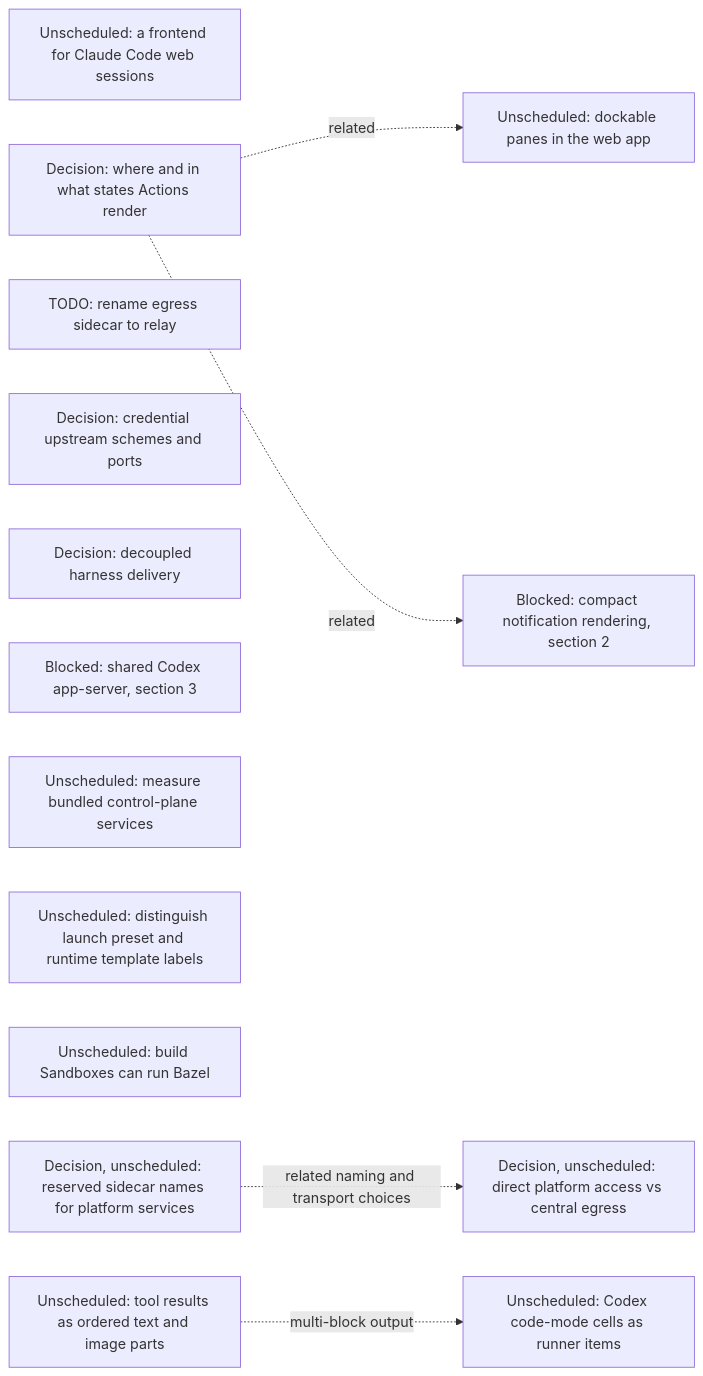
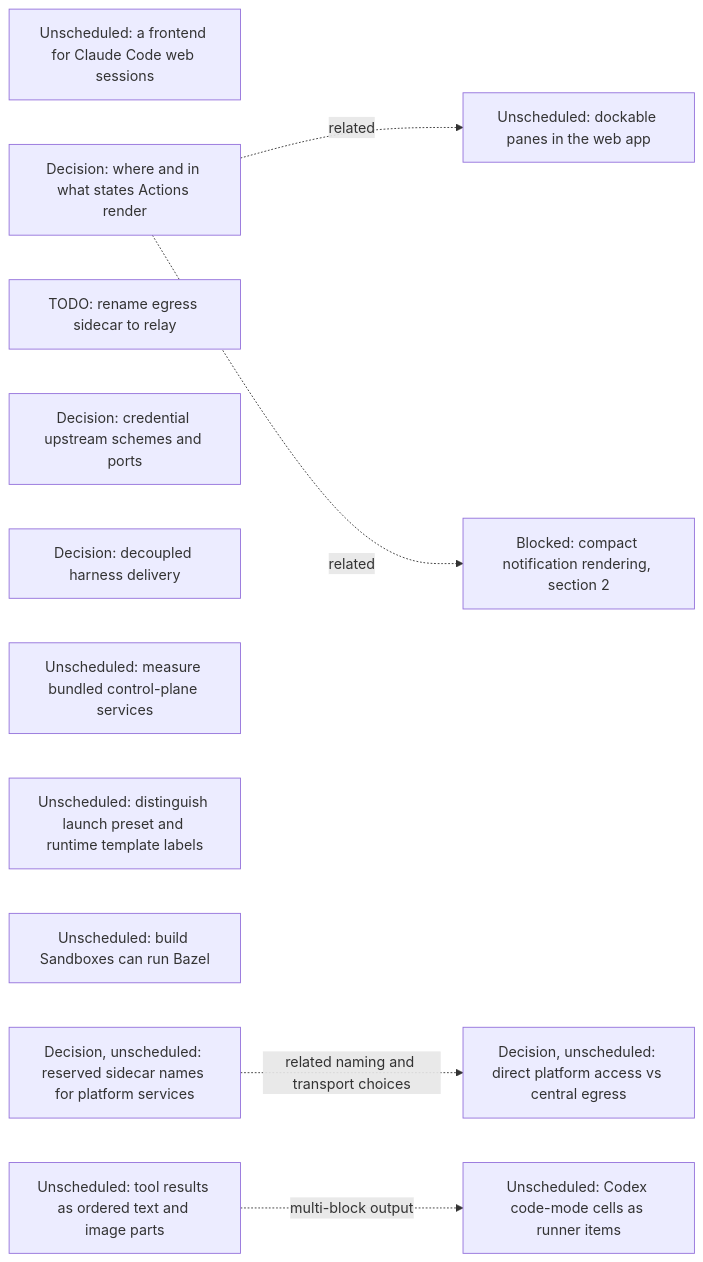
One commit to agentydragon-agent/ducktape changed the eighth of 18 diagrams in agentplane/plans/task_dag.md. Above: the diagram before and after it, drawn with Mermaid. The commit also changed other lines of this file and 19 other files, not shown here.

First line of the commit message:
agentplane/runner: one Codex app-server per Runner for every Codex Session (#11853)

````diff
--- a/agentplane/plans/task_dag.md
+++ b/agentplane/plans/task_dag.md
@@ -713,21 +681,20 @@
 ```mermaid
 flowchart LR
     CLAUDE_CODE_WEB_BRIDGE[Unscheduled: a frontend for Claude Code web sessions]
     ACTION_SURFACES_DESIGN[Decision: where and in what states Actions render]
     EGRESS_RELAY_RENAME[TODO: rename egress sidecar to relay]
     EGRESS_CREDENTIAL_TRANSPORT_DESIGN[Decision: credential upstream schemes and ports]
     RUNNER_HARNESS_DELIVERY_DESIGN[Decision: decoupled harness delivery]
-    RUNNER_CODEX_SHARED_PROCESS[Blocked: shared Codex app-server, section 3]
     K3S_BUNDLED_SERVICES_SPIKE[Unscheduled: measure bundled control-plane services]
     DOCKABLE_PANES[Unscheduled: dockable panes in the web app]
     ACTION_SURFACES_DESIGN -. related .-> DOCKABLE_PANES
     NOTIFICATION_PRESENTATION[Blocked: compact notification rendering, section 2]
     ACTION_SURFACES_DESIGN -. related .-> NOTIFICATION_PRESENTATION
     SANDBOX_FORM_TERMINOLOGY[Unscheduled: distinguish launch preset and runtime template labels]
     BUILD_BOX_BAZEL[Unscheduled: build Sandboxes can run Bazel]
     PLATFORM_SERVICE_NAMES_DESIGN[Decision, unscheduled: reserved sidecar names for platform services]
     PLATFORM_SERVICE_ROUTING_DESIGN[Decision, unscheduled: direct platform access vs central egress]
     PLATFORM_SERVICE_NAMES_DESIGN -. related naming and transport choices .-> PLATFORM_SERVICE_ROUTING_DESIGN
     STRUCTURED_TOOL_OUTPUT[Unscheduled: tool results as ordered text and image parts]
     STRUCTURED_TOOL_OUTPUT -. multi-block output .-> CODEX_CODE_MODE_CELLS[Unscheduled: Codex code-mode cells as runner items]
 ```
````
